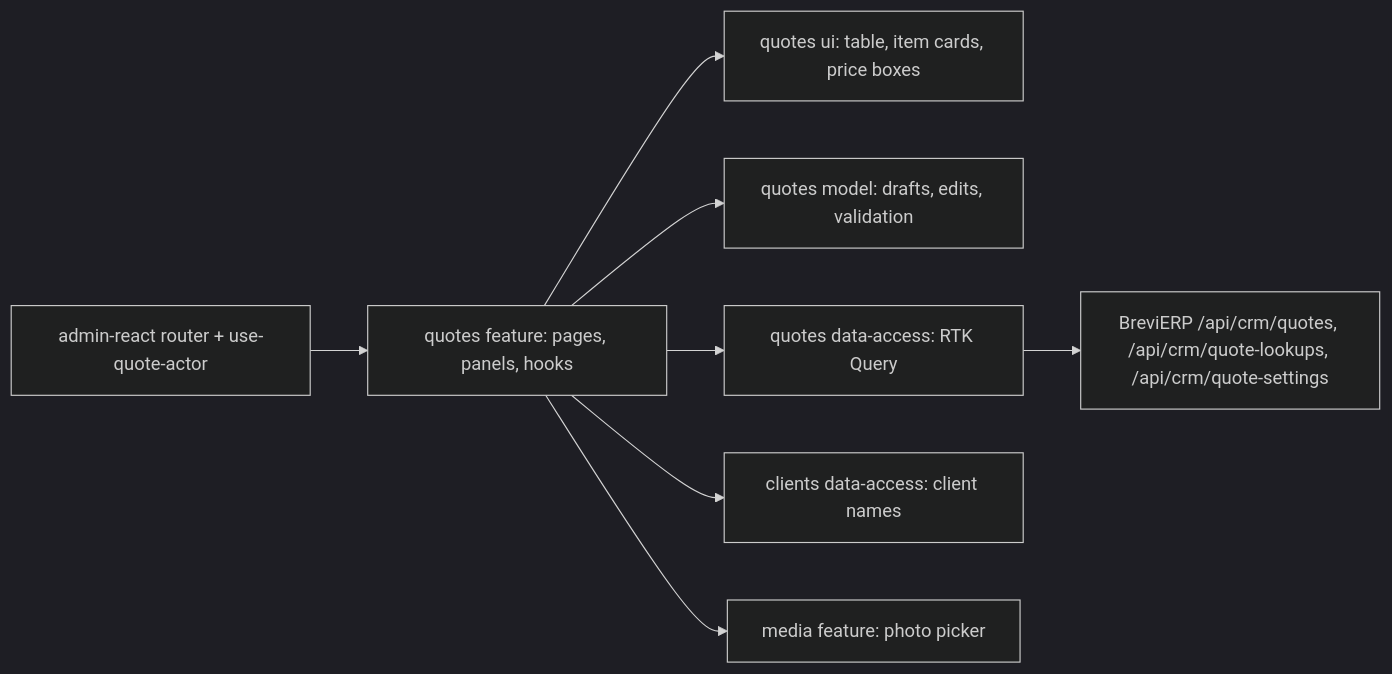
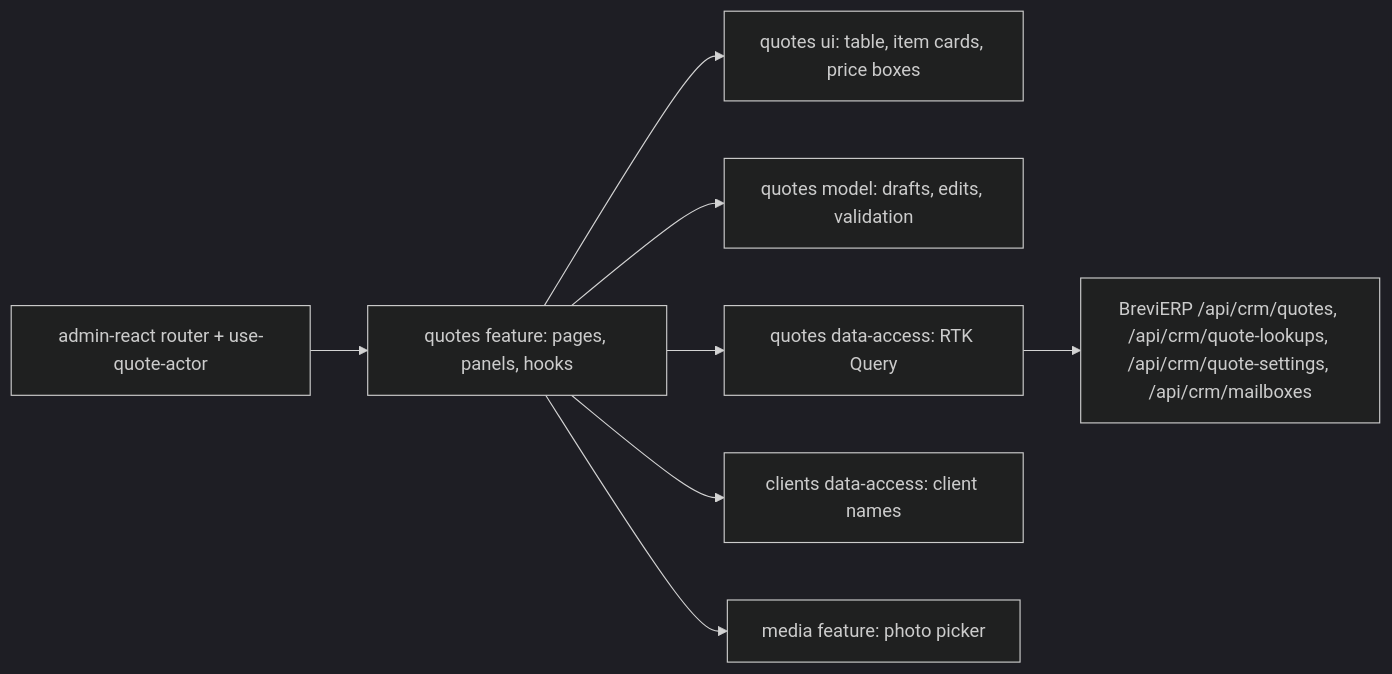
One commit to Weretik/brevi-web changed the diagram in docs/features/admin/quotes.md. Above: the diagram before and after it, drawn with Mermaid (dark theme). The commit also changed other lines of this file and 32 other files, not shown here.

````diff
--- a/docs/features/admin/quotes.md
+++ b/docs/features/admin/quotes.md
@@ -25,10 +27,10 @@
 ```mermaid
 flowchart LR
   App[admin-react router + use-quote-actor] --> Feature[quotes feature: pages, panels, hooks]
   Feature --> UI[quotes ui: table, item cards, price boxes]
   Feature --> Model[quotes model: drafts, edits, validation]
   Feature --> DA[quotes data-access: RTK Query]
   Feature --> Clients[clients data-access: client names]
   Feature --> Media[media feature: photo picker]
-  DA --> Backend[BreviERP /api/crm/quotes, /api/crm/quote-lookups, /api/crm/quote-settings]
+  DA --> Backend[BreviERP /api/crm/quotes, /api/crm/quote-lookups, /api/crm/quote-settings, /api/crm/mailboxes]
 ```
````
